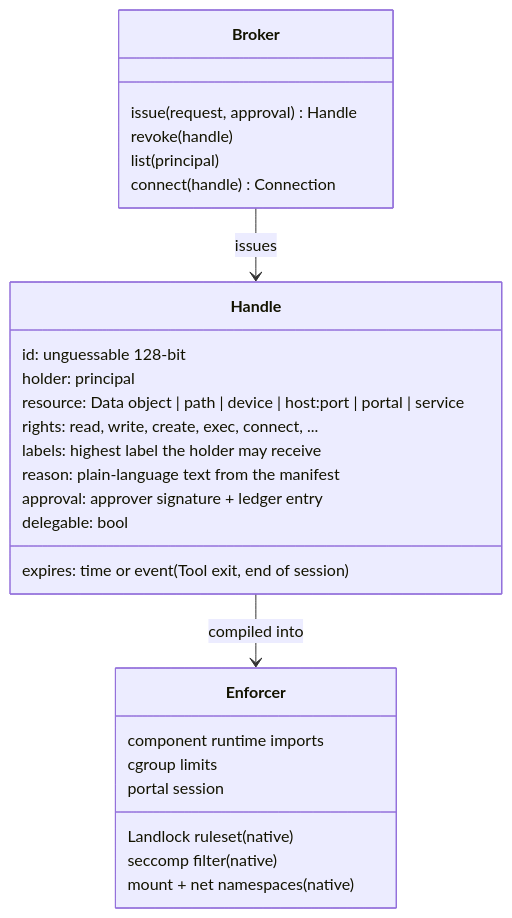
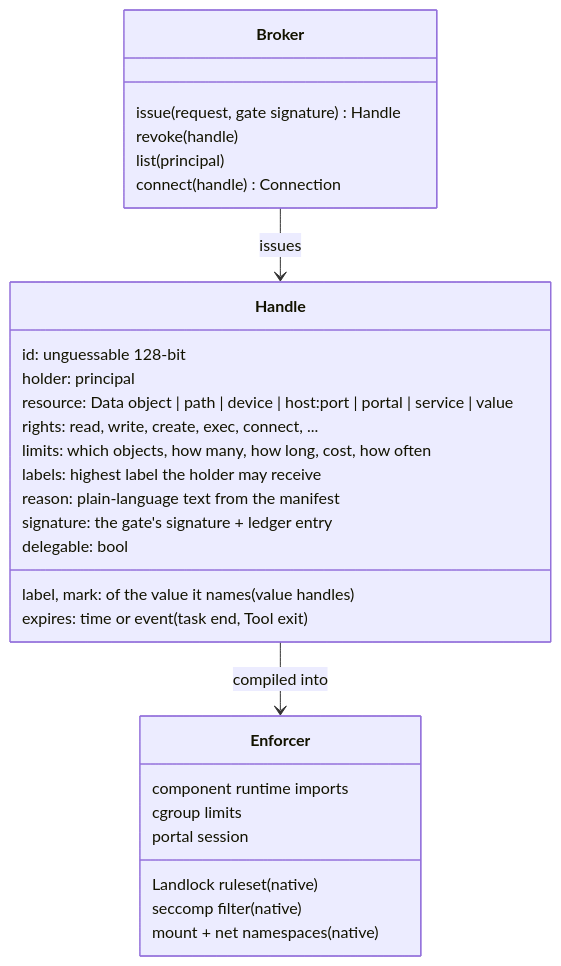
One commit to crowbaros/crowbaros changed the second of 7 diagrams in docs/agent-first/design/capability-model.md. Above: the diagram before and after it, drawn with Mermaid. The commit also changed other lines of this file and 25 other files, not shown here.

````diff
--- a/docs/agent-first/design/capability-model.md
+++ b/docs/agent-first/design/capability-model.md
@@ -65,30 +135,32 @@
 ```mermaid
 classDiagram
     class Handle {
         id: unguessable 128-bit
         holder: principal
-        resource: Data object | path | device | host:port | portal | service
+        resource: Data object | path | device | host:port | portal | service | value
         rights: read, write, create, exec, connect, ...
+        limits: which objects, how many, how long, cost, how often
         labels: highest label the holder may receive
-        expires: time or event (Tool exit, end of session)
+        label, mark: of the value it names (value handles)
+        expires: time or event (task end, Tool exit)
         reason: plain-language text from the manifest
-        approval: approver signature + ledger entry
+        signature: the gate's signature + ledger entry
         delegable: bool
     }
     class Broker {
-        issue(request, approval) Handle
+        issue(request, gate signature) Handle
         revoke(handle)
         list(principal)
         connect(handle) Connection
     }
     class Enforcer {
         component runtime imports
         Landlock ruleset (native)
         seccomp filter (native)
         mount + net namespaces (native)
         cgroup limits
         portal session
     }
     Broker --> Handle : issues
     Handle --> Enforcer : compiled into
 ```
````
